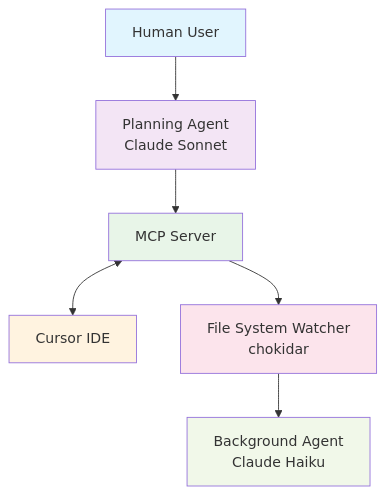
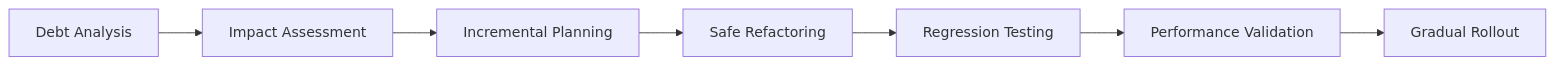
The sixth of 10 diagrams in README.md (AdamManuel-dev/claude-code-orchestration), drawn with Mermaid before and after one commit. The commit also changed other lines of this file and 4 other files, not shown here.

````diff
--- a/README.md
+++ b/README.md
@@ -104,15 +2526,9 @@
 ```mermaid
-graph TD
-    A[Human User] --> B[Planning Agent<br/>Claude Sonnet]
-    B --> C[MCP Server]
-    C <--> D[Cursor IDE]
-    C --> E[File System Watcher<br/>chokidar]
-    E --> F[Background Agent<br/>Claude Haiku]
-    
-    style A fill:#e1f5fe
-    style B fill:#f3e5f5
-    style C fill:#e8f5e8
-    style D fill:#fff3e0
-    style E fill:#fce4ec
-    style F fill:#f1f8e9
+graph LR
+    A[Debt Analysis] --> B[Impact Assessment]
+    B --> C[Incremental Planning]
+    C --> D[Safe Refactoring]
+    D --> E[Regression Testing]
+    E --> F[Performance Validation]
+    F --> G[Gradual Rollout]
 ```
````
